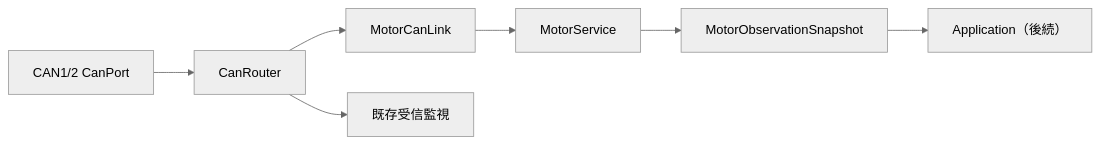
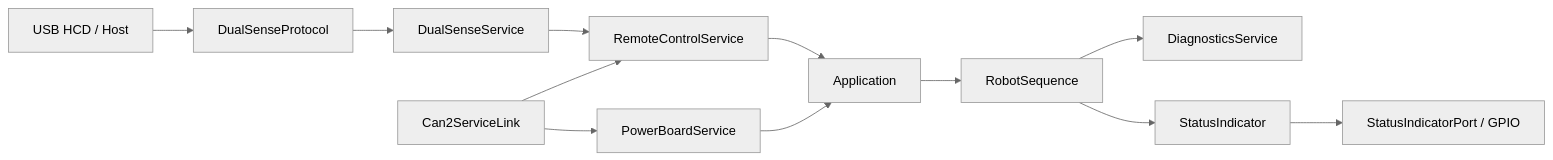
One commit to kou-pen/balancing changed the sixth of 8 diagrams in docs/diagrams.md. Above: the diagram before and after it, drawn with Mermaid (neutral theme). The commit also changed other lines of this file and 16 other files, not shown here.

```diff
--- a/docs/diagrams.md
+++ b/docs/diagrams.md
@@ -450,9 +110,14 @@
 <pre class="mermaid">
 flowchart LR
-    CAN["CAN1/2 CanPort"] --> R["CanRouter"]
-    R --> L["MotorCanLink"]
-    L --> M["MotorService"]
-    M --> S["MotorObservationSnapshot"]
-    R --> D["既存受信監視"]
-    S --> APP["Application（後続）"]
+    USB["USB HCD / Host"] --> PROTO["DualSenseProtocol"]
+    PROTO --> HID["DualSenseService"]
+    HID --> R["RemoteControlService"]
+    CAN["Can2ServiceLink"] --> R
+    CAN --> PWR["PowerBoardService"]
+    R --> A["Application"]
+    PWR --> A
+    A --> S["RobotSequence"]
+    S --> D["DiagnosticsService"]
+    S --> LED["StatusIndicator"]
+    LED --> GPIO["StatusIndicatorPort / GPIO"]
 </pre>
```
